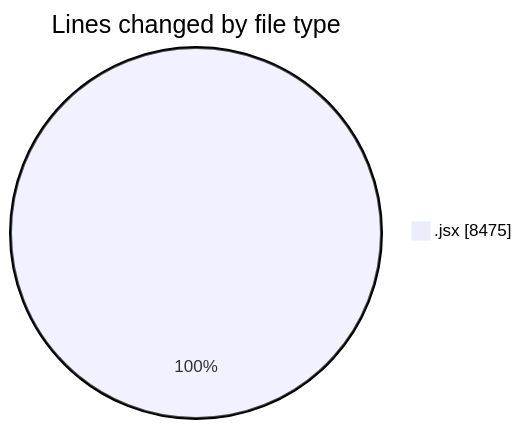
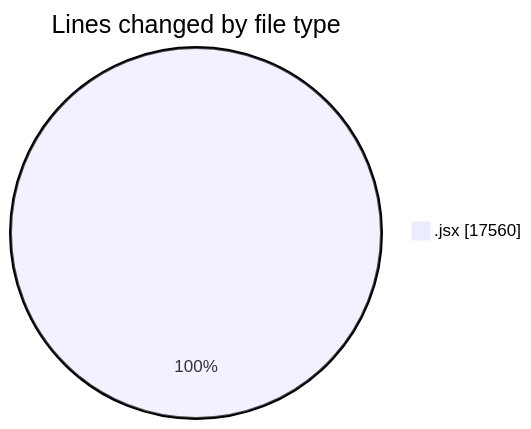
One commit to nxtqubesakshisongat/code-tracking changed the first of 2 diagrams in 2025-09-29/nxtqube_webapp/README.md. Above: the diagram before and after it, drawn with Mermaid. The commit also changed other lines of this file and 1 other file, not shown here.

````diff
--- a/2025-09-29/nxtqube_webapp/README.md
+++ b/2025-09-29/nxtqube_webapp/README.md
@@ -20,5 +20,5 @@
 ```mermaid
 pie showData
 title Lines changed by file type
-".jsx" : 8475
+".jsx" : 17560
 ```
````
